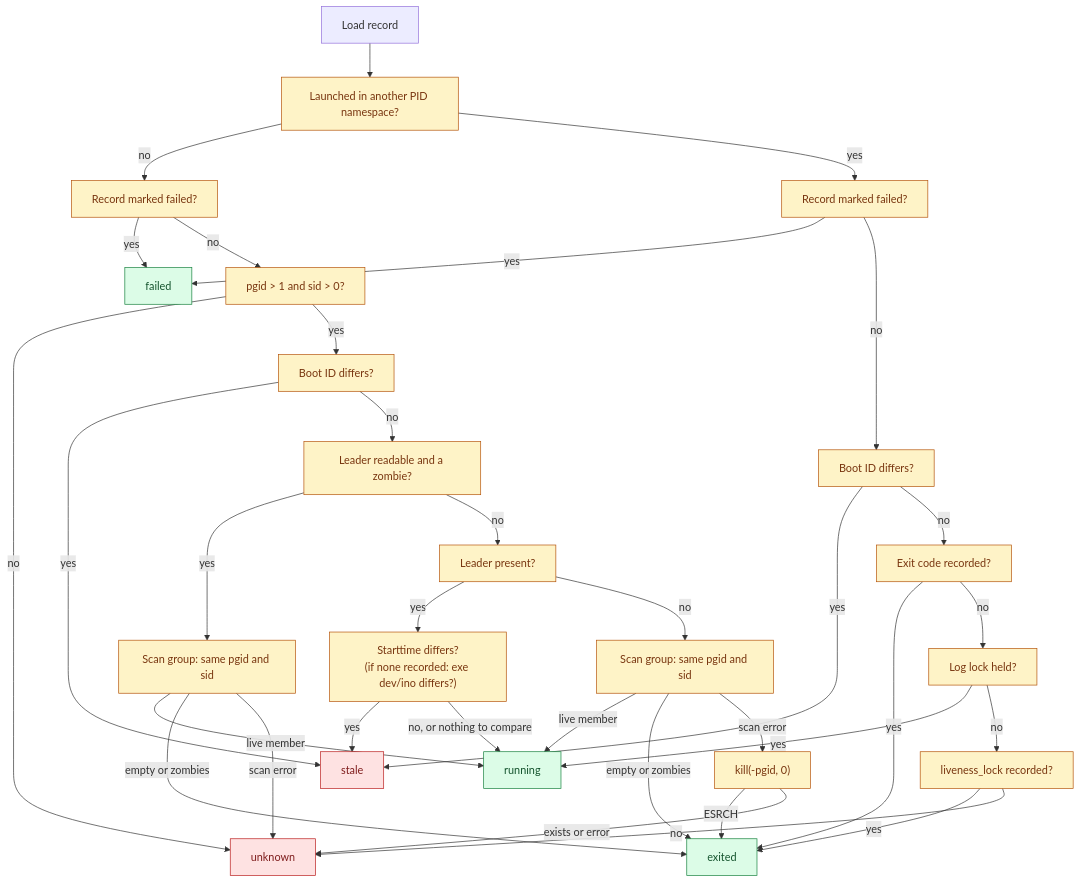
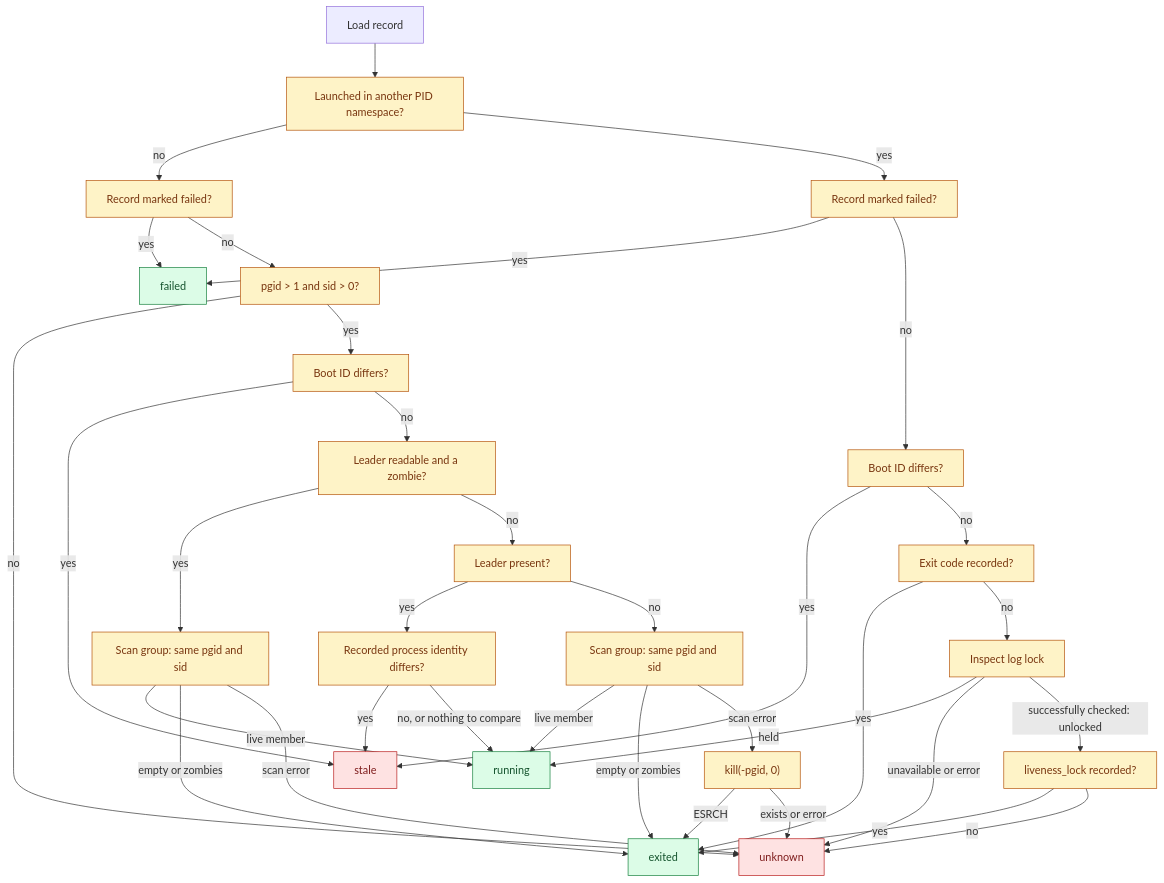
Before and after one commit to RchGrav/callbox: the diagram in docs/identity.md, drawn with Mermaid. The commit also changed other lines of this file and 9 other files, not shown here.

````diff
--- a/docs/identity.md
+++ b/docs/identity.md
@@ -30,45 +30,46 @@
 ```mermaid
 flowchart TD
     Start["Load record"] --> NS["Launched in another PID namespace?"]
 
     NS -->|no| Failed["Record marked failed?"]
     Failed -->|yes| SF["failed"]
     Failed -->|no| Ids["pgid > 1 and sid > 0?"]
     Ids -->|no| SU["unknown"]
     Ids -->|yes| Boot["Boot ID differs?"]
     Boot -->|yes| SS["stale"]
     Boot -->|no| Zombie["Leader readable and a zombie?"]
     Zombie -->|yes| Scan1["Scan group: same pgid and sid"]
     Scan1 -->|live member| SR["running"]
     Scan1 -->|empty or zombies| SE["exited"]
     Scan1 -->|scan error| SU
     Zombie -->|no| Present["Leader present?"]
-    Present -->|yes| Ident["Starttime differs?<br/>(if none recorded: exe dev/ino differs?)"]
+    Present -->|yes| Ident["Recorded process identity differs?"]
     Ident -->|yes| SS
     Ident -->|no, or nothing to compare| SR
     Present -->|no| Scan2["Scan group: same pgid and sid"]
     Scan2 -->|live member| SR
     Scan2 -->|empty or zombies| SE
     Scan2 -->|scan error| Pgid["kill(-pgid, 0)"]
     Pgid -->|ESRCH| SE
     Pgid -->|exists or error| SU
 
     NS -->|yes| NFailed["Record marked failed?"]
     NFailed -->|yes| SF
     NFailed -->|no| NBoot["Boot ID differs?"]
     NBoot -->|yes| SS
     NBoot -->|no| NExit["Exit code recorded?"]
     NExit -->|yes| SE
-    NExit -->|no| Lock["Log lock held?"]
-    Lock -->|yes| SR
-    Lock -->|no| LL["liveness_lock recorded?"]
+    NExit -->|no| Lock["Inspect log lock"]
+    Lock -->|held| SR
+    Lock -->|unavailable or error| SU
+    Lock -->|successfully checked: unlocked| LL["liveness_lock recorded?"]
     LL -->|yes| SE
     LL -->|no| SU
 
     classDef check fill:#fef3c7,stroke:#b45309,color:#78350f
     classDef safe fill:#dcfce7,stroke:#15803d,color:#14532d
     classDef refuse fill:#fee2e2,stroke:#b91c1c,color:#7f1d1d
     class NS,Failed,Ids,Boot,Zombie,Scan1,Present,Ident,Scan2,Pgid,NFailed,NBoot,NExit,Lock,LL check
     class SR,SE,SF safe
     class SS,SU refuse
 ```
````
